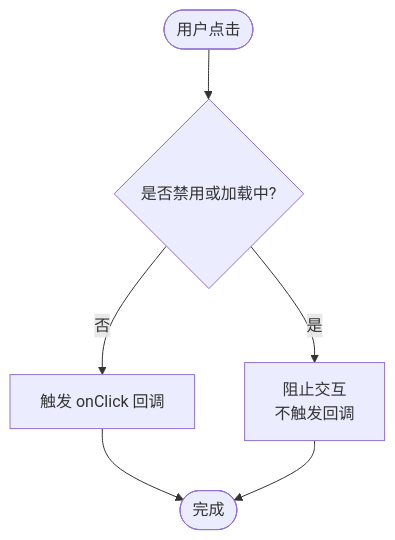
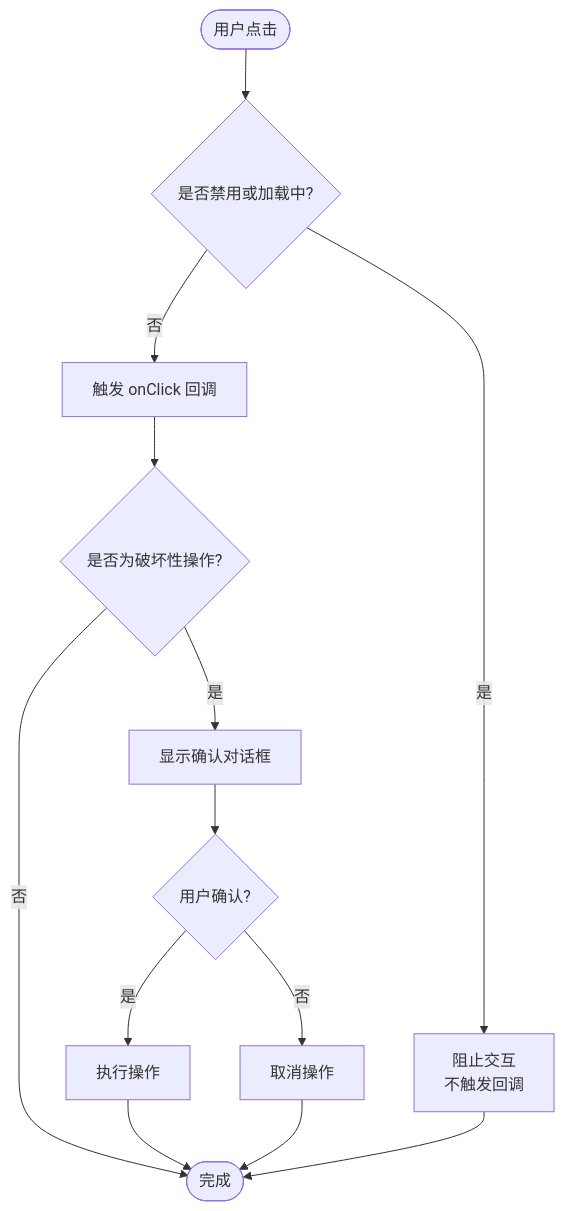
The third of 8 diagrams in .qoder/repowiki/zh/content/前端架构/组件系统/基础UI组件.md (scottcwy/PurpleInk), drawn with Mermaid before and after one commit. The commit also changed other lines of this file and 109 other files, not shown here.

````diff
--- a/.qoder/repowiki/zh/content/前端架构/组件系统/基础UI组件.md
+++ b/.qoder/repowiki/zh/content/前端架构/组件系统/基础UI组件.md
@@ -160,8 +217,15 @@
 ```mermaid
 flowchart TD
 Start(["用户点击"]) --> CheckState{"是否禁用或加载中?"}
 CheckState --> |是| Prevent["阻止交互<br/>不触发回调"]
 CheckState --> |否| Trigger["触发 onClick 回调"]
-Trigger --> End(["完成"])
+Trigger --> CheckDestructive{"是否为破坏性操作?"}
+CheckDestructive --> |是| Confirm["显示确认对话框"]
+CheckDestructive --> |否| End(["完成"])
+Confirm --> UserConfirm{"用户确认?"}
+UserConfirm --> |是| Execute["执行操作"]
+UserConfirm --> |否| Cancel["取消操作"]
+Execute --> End
+Cancel --> End
 Prevent --> End
 ```
````
